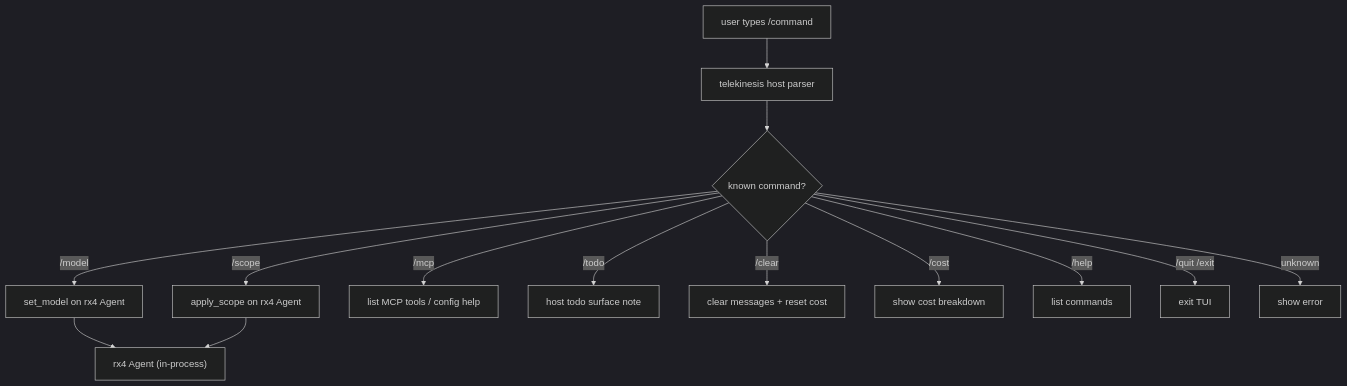
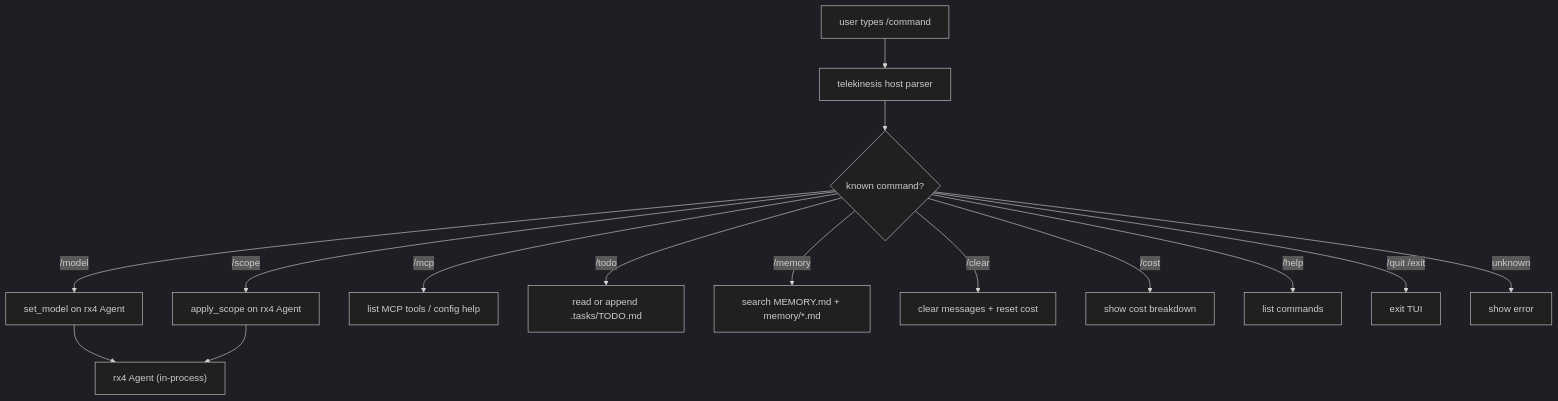
One commit to tschk/telekinesis changed the third of 3 diagrams in AGENTS.md. Above: the diagram before and after it, drawn with Mermaid (dark theme). The commit also changed other lines of this file and 6 other files, not shown here.

First line of the commit message:
feat(tui): add /todo and /memory with MEMORY.md one-pager

````diff
--- a/AGENTS.md
+++ b/AGENTS.md
@@ -70,16 +70,17 @@
 ```mermaid
 flowchart TD
   Input["user types /command"] --> Parse["telekinesis host parser"]
   Parse --> Match{"known command?"}
   Match -->|/model| Model["set_model on rx4 Agent"]
   Match -->|/scope| Scope["apply_scope on rx4 Agent"]
   Match -->|/mcp| Mcp["list MCP tools / config help"]
-  Match -->|/todo| Todo["host todo surface note"]
+  Match -->|/todo| Todo["read or append .tasks/TODO.md"]
+  Match -->|/memory| Memory["search MEMORY.md + memory/*.md"]
   Match -->|/clear| Clear["clear messages + reset cost"]
   Match -->|/cost| Cost["show cost breakdown"]
   Match -->|/help| Help["list commands"]
   Match -->|/quit /exit| Quit["exit TUI"]
   Match -->|unknown| Err["show error"]
   Model --> Agent["rx4 Agent (in-process)"]
   Scope --> Agent
 ```
````
